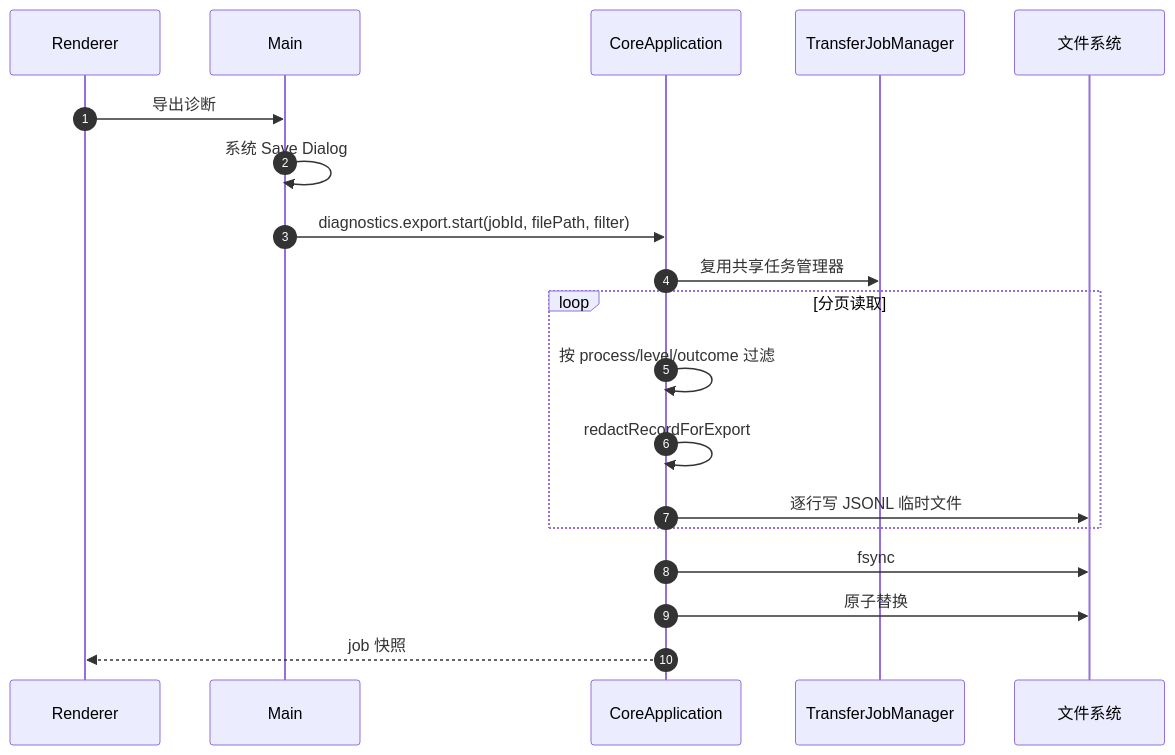
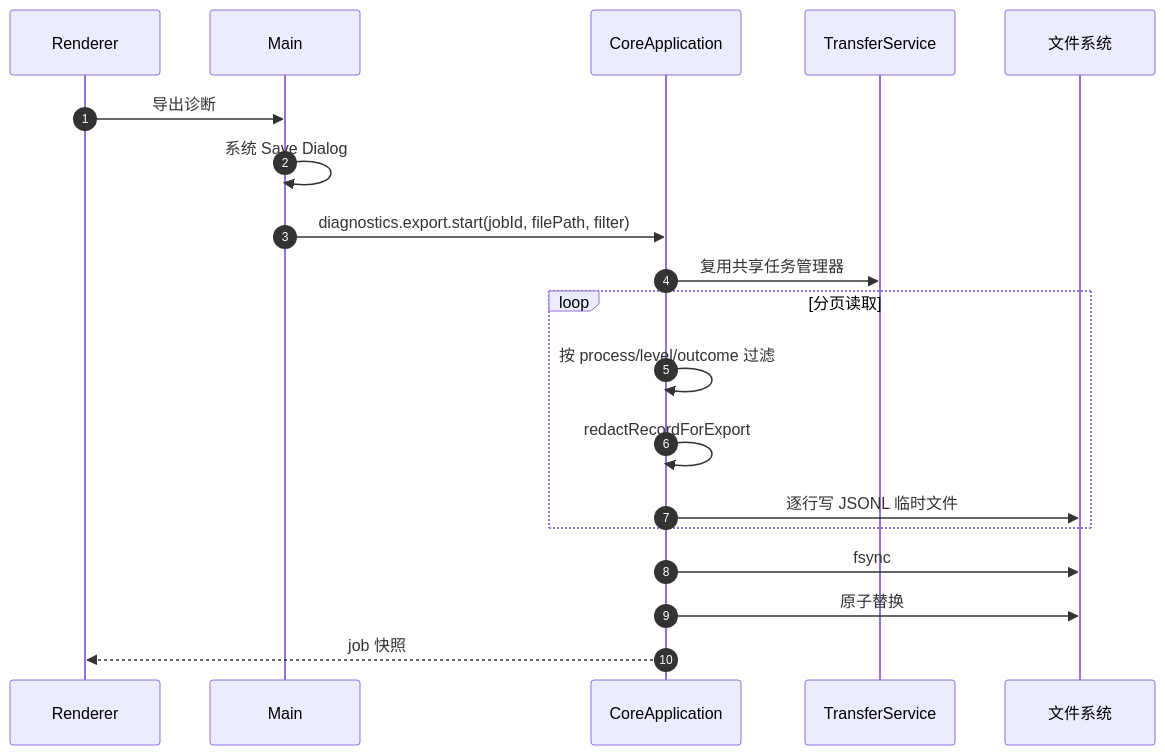
The fifth of 5 diagrams in architecture/feature-diagnostics.md (zhxmt-xm/Interceptor), drawn with Mermaid before and after one commit. The commit also changed other lines of this file and 237 other files, not shown here.

````diff
--- a/architecture/feature-diagnostics.md
+++ b/architecture/feature-diagnostics.md
@@ -148,22 +148,22 @@
 ```mermaid
 sequenceDiagram
     autonumber
     participant UI as Renderer
     participant Main
     participant App as CoreApplication
-    participant Jobs as TransferJobManager
+    participant Jobs as TransferService
     participant FS as 文件系统
 
     UI->>Main: 导出诊断
     Main->>Main: 系统 Save Dialog
     Main->>App: diagnostics.export.start(jobId, filePath, filter)
     App->>Jobs: 复用共享任务管理器
     loop 分页读取
         App->>App: 按 process/level/outcome 过滤
         App->>App: redactRecordForExport
         App->>FS: 逐行写 JSONL 临时文件
     end
     App->>FS: fsync
     App->>FS: 原子替换
     App-->>UI: job 快照
 ```
````
